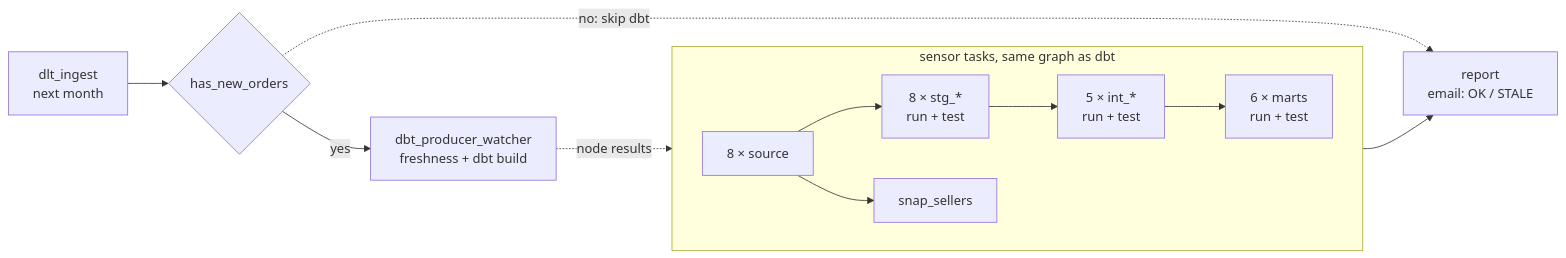
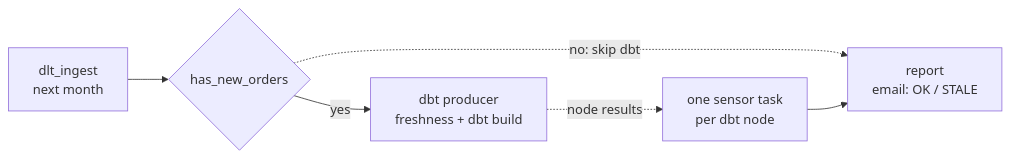
The fourth of 4 diagrams in README.md (ShuCiG/olist-analytics-dbt), drawn with Mermaid before and after one commit. The commit also changed other lines of this file and 3 other files, not shown here.

````diff
--- a/README.md
+++ b/README.md
@@ -381,13 +298,8 @@
 ```mermaid
 flowchart LR
     ingest[dlt_ingest<br/>next month] --> gate{has_new_orders}
-    gate -- yes --> producer[dbt_producer_watcher<br/>freshness + dbt build]
+    gate -- yes --> producer[dbt producer<br/>freshness + dbt build]
     gate -. no: skip dbt .-> report
-    producer -. node results .-> sensors
+    producer -. node results .-> sensors[one sensor task<br/>per dbt node]
     sensors --> report[report<br/>email: OK / STALE]
-    subgraph sensors[sensor tasks, same graph as dbt]
-        direction LR
-        src[8 × source] --> stg[8 × stg_*<br/>run + test] --> int[5 × int_*<br/>run + test] --> marts[6 × marts<br/>run + test]
-        src --> snap[snap_sellers]
-    end
 ```
````
